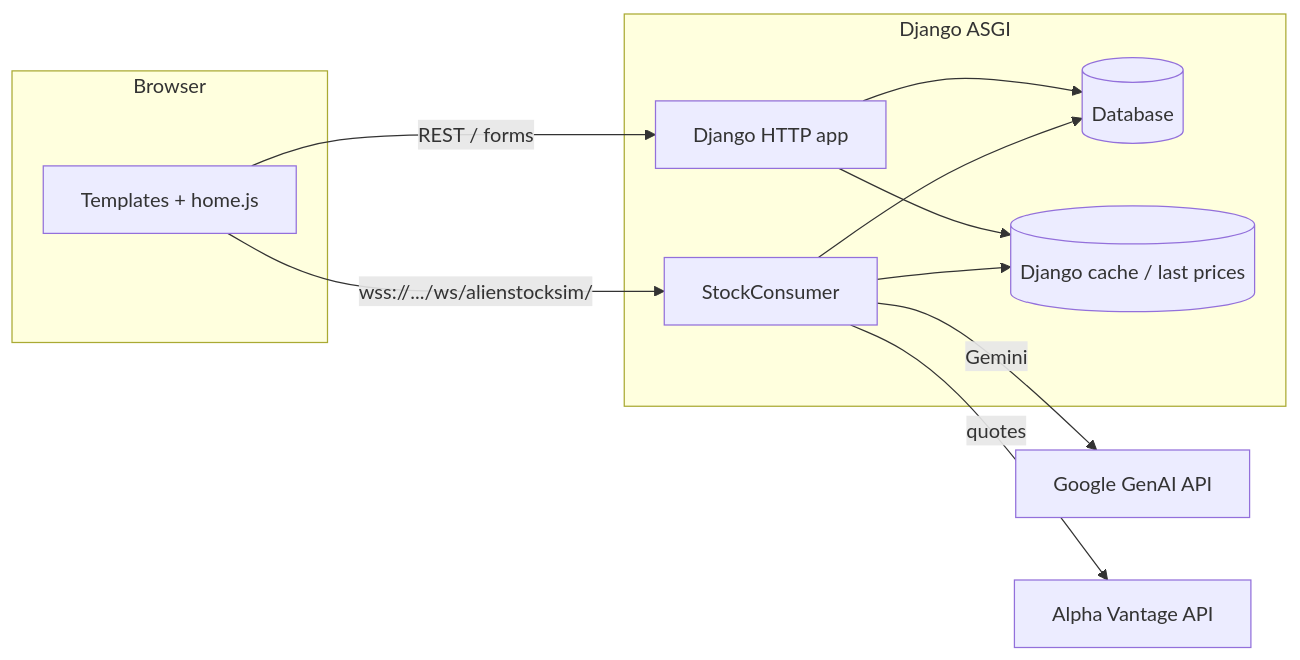
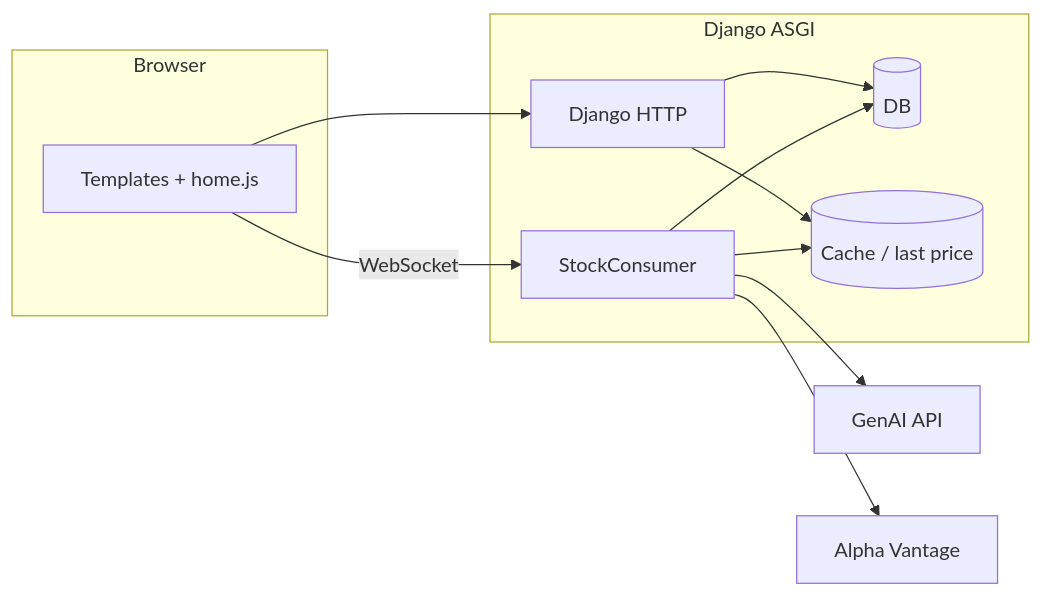
One commit to yunqid/alien-stock-sim changed the diagram in README.md. Above: the diagram before and after it, drawn with Mermaid. The commit also changed other lines of this file, not shown here.

````diff
--- a/README.md
+++ b/README.md
@@ -37,20 +36,20 @@
 ```mermaid
 flowchart LR
   subgraph client [Browser]
     UI[Templates + home.js]
   end
   subgraph server [Django ASGI]
-    HTTP[Django HTTP app]
+    HTTP[Django HTTP]
     WS[StockConsumer]
-    DB[(Database)]
-    CACHE[(Django cache / last prices)]
+    DB[(DB)]
+    CACHE[(Cache / last price)]
   end
-  UI -->|REST / forms| HTTP
-  UI -->|wss://.../ws/alienstocksim/| WS
+  UI --> HTTP
+  UI -->|WebSocket| WS
   HTTP --> DB
   HTTP --> CACHE
   WS --> DB
   WS --> CACHE
-  WS -->|Gemini| GenAI[Google GenAI API]
-  WS -->|quotes| AV[Alpha Vantage API]
+  WS --> Gemini[GenAI API]
+  WS --> AV[Alpha Vantage]
 ```
````
